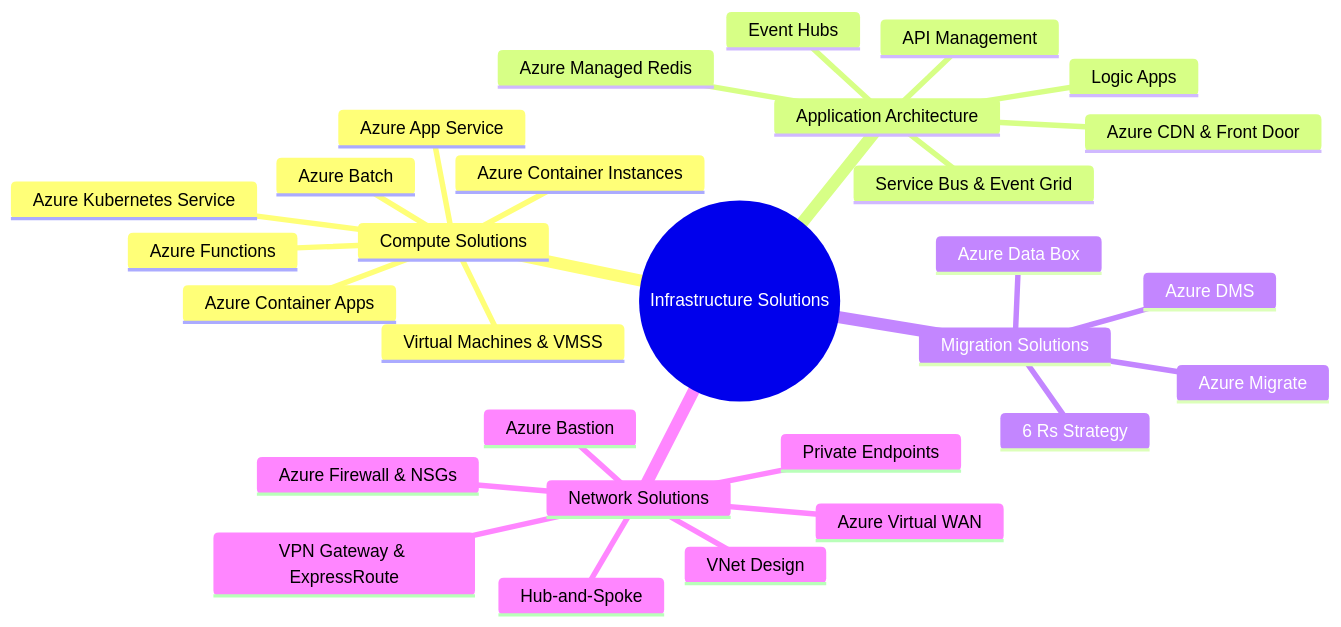
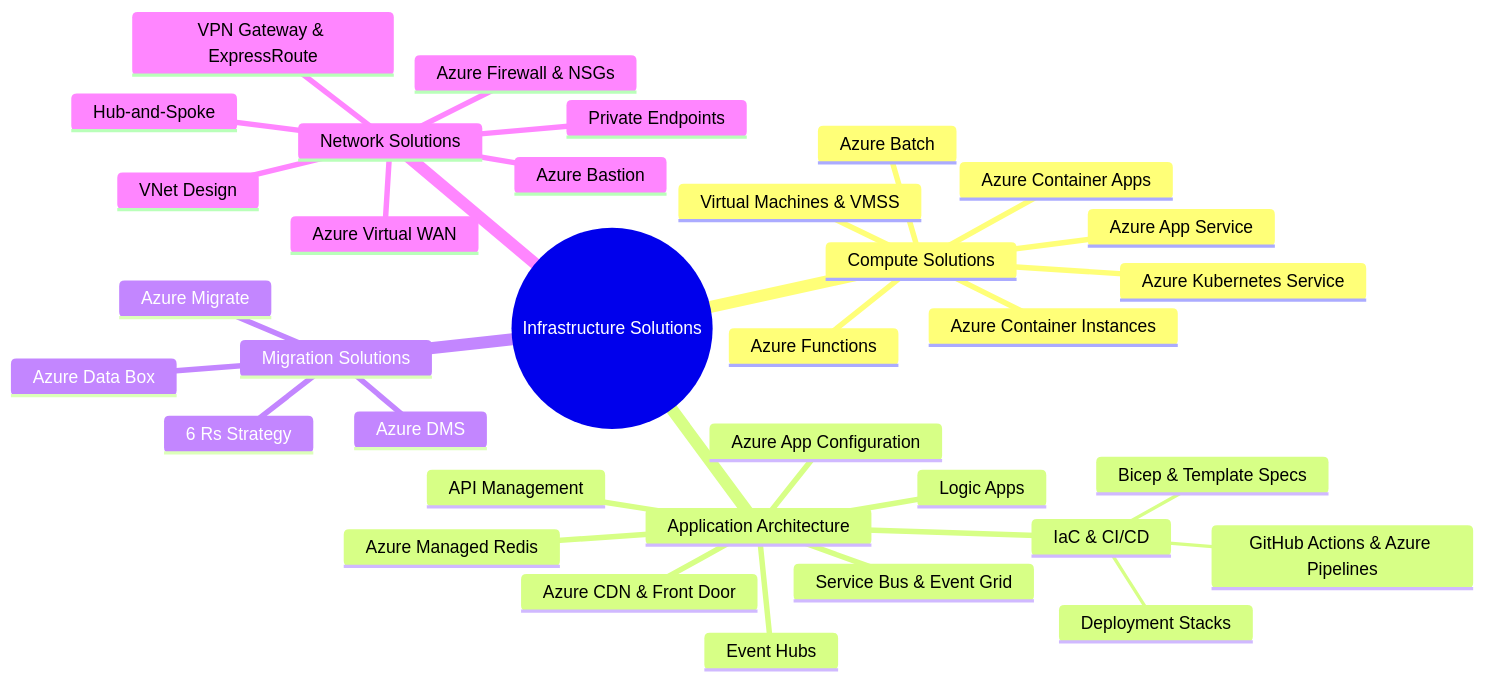
The first of 11 diagrams in 04-infrastructure-solutions.md (marcogrimaldi29/az-305-study-notes), drawn with Mermaid before and after one commit. The commit also changed other lines of this file and 4 other files, not shown here.

````diff
--- a/04-infrastructure-solutions.md
+++ b/04-infrastructure-solutions.md
@@ -18,32 +18,37 @@
 ```mermaid
 mindmap
   root((Infrastructure Solutions))
     Compute Solutions
       Virtual Machines & VMSS
       Azure App Service
       Azure Kubernetes Service
       Azure Container Instances
       Azure Container Apps
       Azure Functions
       Azure Batch
     Application Architecture
       Service Bus & Event Grid
       Event Hubs
       API Management
       Azure Managed Redis
       Azure CDN & Front Door
       Logic Apps
+      Azure App Configuration
+      IaC & CI/CD
+        Bicep & Template Specs
+        Deployment Stacks
+        GitHub Actions & Azure Pipelines
     Migration Solutions
       Azure Migrate
       6 Rs Strategy
       Azure DMS
       Azure Data Box
     Network Solutions
       VNet Design
       VPN Gateway & ExpressRoute
       Azure Firewall & NSGs
       Azure Bastion
       Private Endpoints
       Hub-and-Spoke
       Azure Virtual WAN
 ```
````
